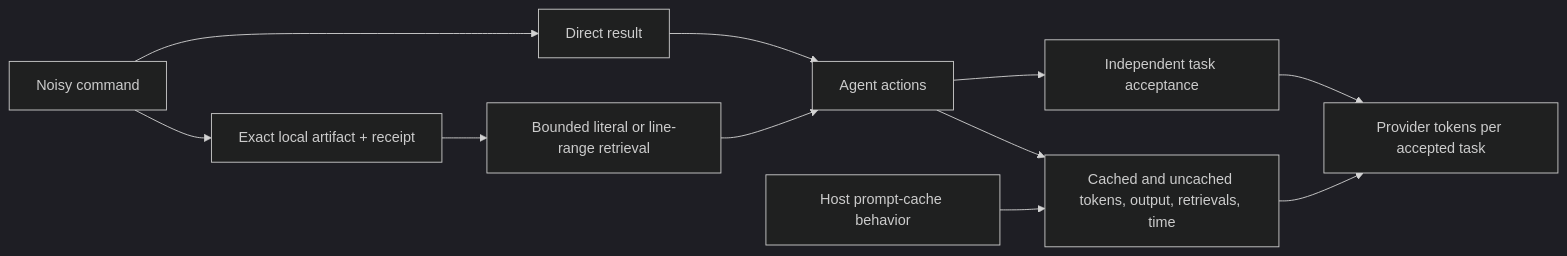
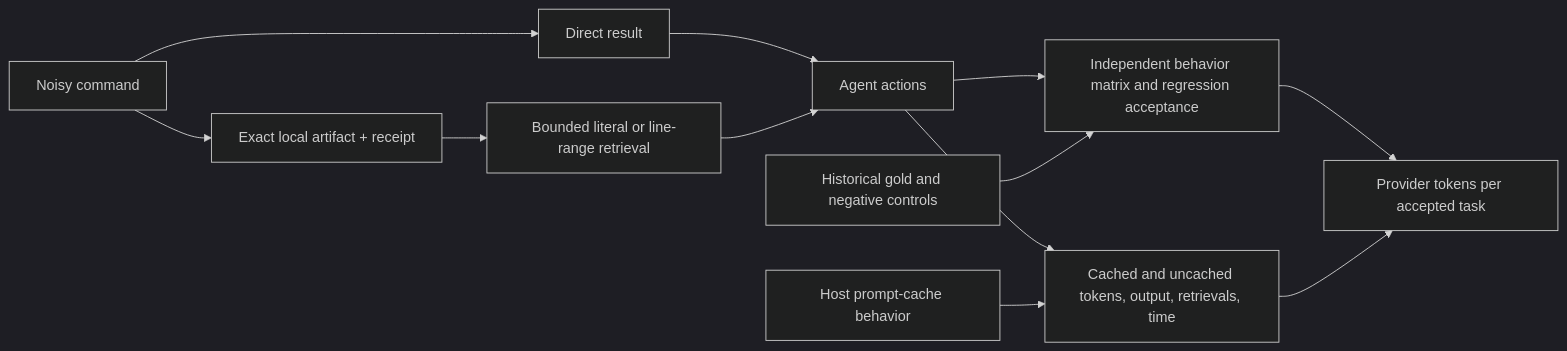
The diagram in docs/research/2026-09-24-cost-frontier.md (DmitrL-dev/SoLCodex), drawn with Mermaid (dark theme) before and after one commit. The commit also changed other lines of this file and 6 other files, not shown here.

````diff
--- a/docs/research/2026-09-24-cost-frontier.md
+++ b/docs/research/2026-09-24-cost-frontier.md
@@ -22,13 +23,14 @@
 ```mermaid
 flowchart LR
   A[Noisy command] --> B[Direct result]
   A --> C[Exact local artifact + receipt]
   C --> D[Bounded literal or line-range retrieval]
   B --> E[Agent actions]
   D --> E
-  E --> F[Independent task acceptance]
+  E --> F[Independent behavior matrix and regression acceptance]
   E --> G[Cached and uncached tokens, output, retrievals, time]
   J[Host prompt-cache behavior] --> G
+  K[Historical gold and negative controls] --> F
   F --> H[Provider tokens per accepted task]
   G --> H
 ```
````
